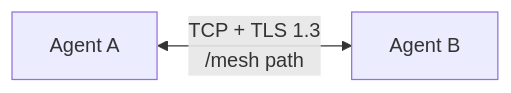
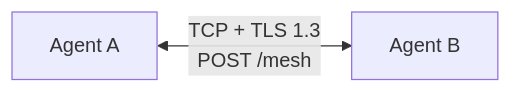
The second of 4 diagrams in docs/docs/concepts/transports.md (Muti-Metroo/Muti-Metroo), drawn with Mermaid before and after one commit. The commit also changed other lines of this file and 156 other files, not shown here.

````diff
--- a/docs/docs/concepts/transports.md
+++ b/docs/docs/concepts/transports.md
@@ -65,4 +47,4 @@
 ```mermaid
 flowchart LR
-    A[Agent A] <-->|"TCP + TLS 1.3<br/>/mesh path"| B[Agent B]
+    A[Agent A] <-->|"TCP + TLS 1.3<br/>POST /mesh"| B[Agent B]
 ```
````
